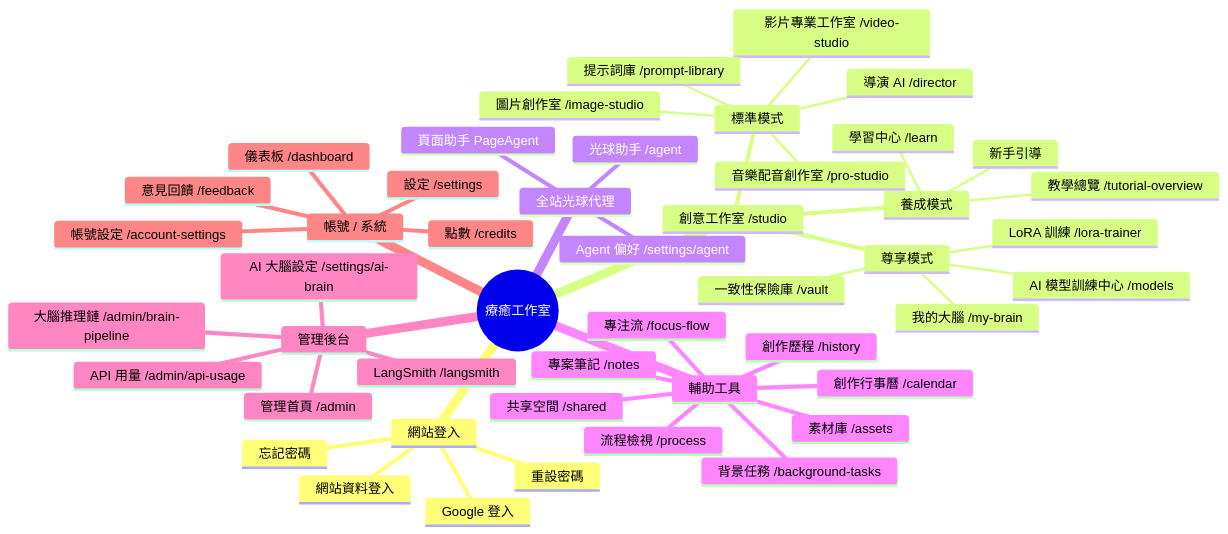
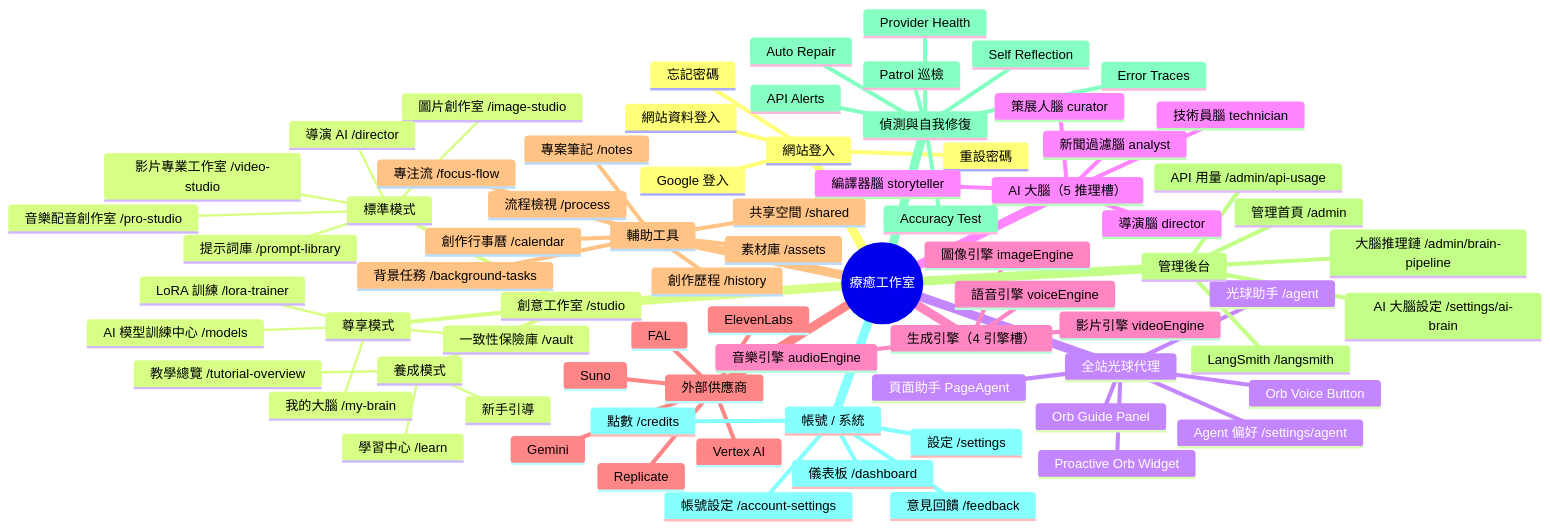
Before and after one commit to aa0968111723-prog/healing-studio: the first of 6 diagrams in docs/SITE_MAP.md, drawn with Mermaid. The commit also changed other lines of this file, not shown here.

````diff
--- a/docs/SITE_MAP.md
+++ b/docs/SITE_MAP.md
@@ -15,50 +21,79 @@
 ```mermaid
 mindmap
   root((療癒工作室))
     網站登入
       Google 登入
       網站資料登入
       忘記密碼
       重設密碼
     創意工作室 /studio
       養成模式
         新手引導
         教學總覽 /tutorial-overview
         學習中心 /learn
       標準模式
         圖片創作室 /image-studio
         影片專業工作室 /video-studio
         音樂配音創作室 /pro-studio
         導演 AI /director
         提示詞庫 /prompt-library
       尊享模式
         AI 模型訓練中心 /models
         LoRA 訓練 /lora-trainer
         一致性保險庫 /vault
         我的大腦 /my-brain
     全站光球代理
       光球助手 /agent
       頁面助手 PageAgent
+      Proactive Orb Widget
+      Orb Voice Button
+      Orb Guide Panel
       Agent 偏好 /settings/agent
+    AI 大腦（5 推理槽）
+      導演腦 director
+      新聞過濾腦 analyst
+      編譯器腦 storyteller
+      技術員腦 technician
+      策展人腦 curator
+    生成引擎（4 引擎槽）
+      圖像引擎 imageEngine
+      影片引擎 videoEngine
+      音樂引擎 audioEngine
+      語音引擎 voiceEngine
+    外部供應商
+      Gemini
+      Vertex AI
+      FAL
+      ElevenLabs
+      Suno
+      Replicate
     輔助工具
       創作行事曆 /calendar
       專注流 /focus-flow
       共享空間 /shared
       專案筆記 /notes
       素材庫 /assets
       背景任務 /background-tasks
       創作歷程 /history
       流程檢視 /process
     管理後台
       管理首頁 /admin
       API 用量 /admin/api-usage
       大腦推理鏈 /admin/brain-pipeline
       AI 大腦設定 /settings/ai-brain
       LangSmith /langsmith
+    偵測與自我修復
+      Patrol 巡檢
+      Provider Health
+      Error Traces
+      API Alerts
+      Auto Repair
+      Self Reflection
+      Accuracy Test
     帳號 / 系統
       帳號設定 /account-settings
       點數 /credits
       設定 /settings
       意見回饋 /feedback
       儀表板 /dashboard
 ```
````
